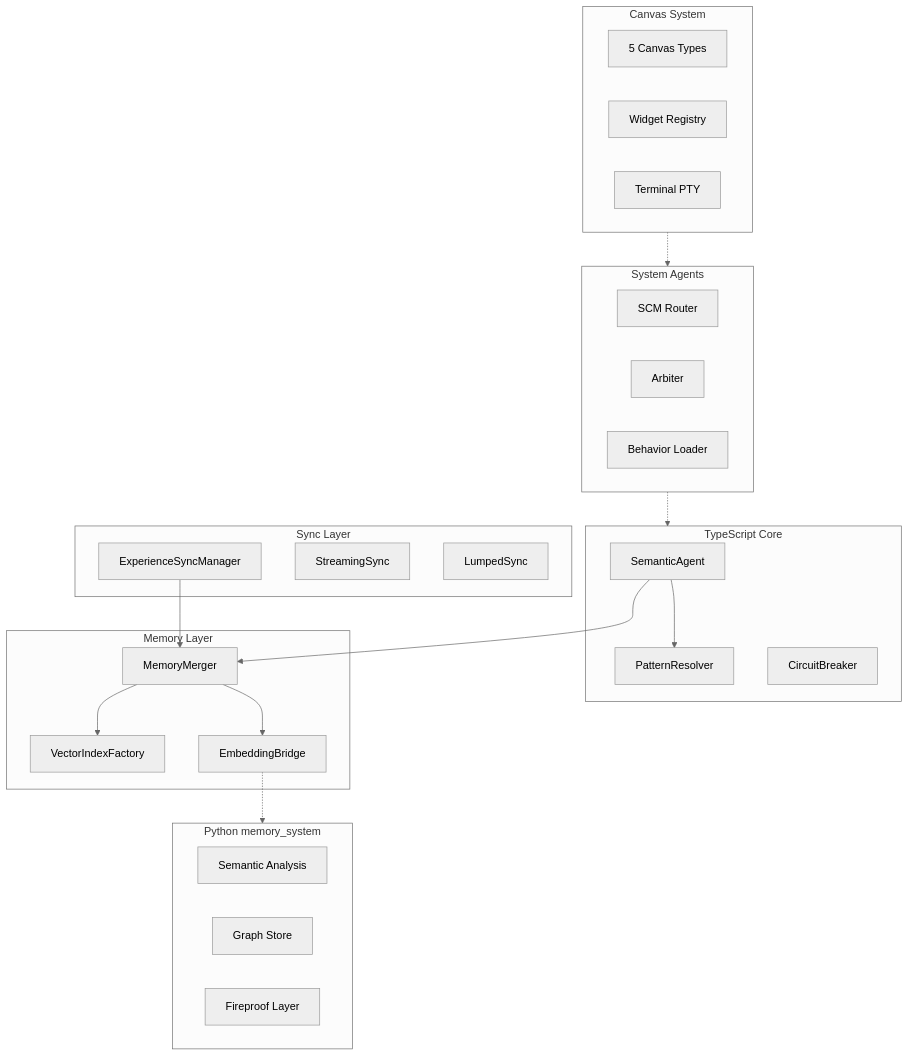
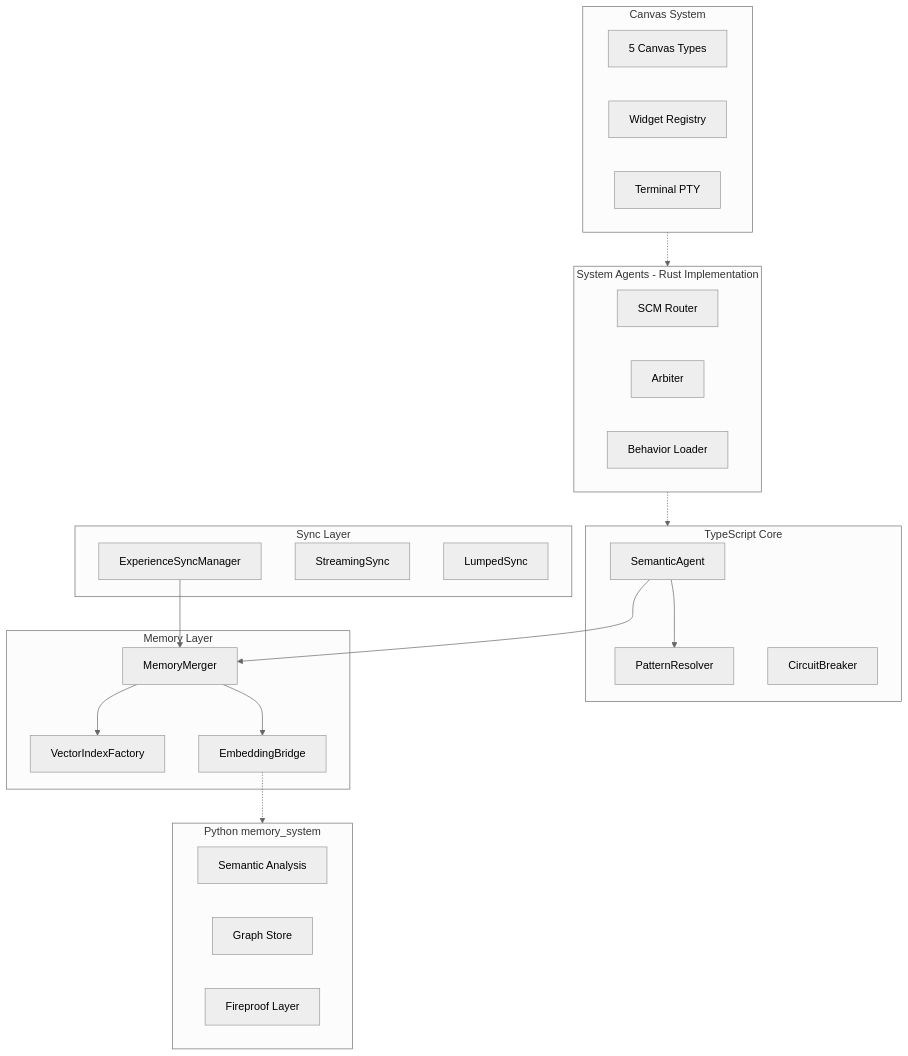
Before and after one commit to Replicant-Partners/Chrysalis: the diagram in docs/STATUS.md, drawn with Mermaid (neutral theme). The commit also changed other lines of this file and 5137 other files, not shown here.

First line of the commit message:
feat: Add Rust-based memory system and CRDT architecture

````diff
--- a/docs/STATUS.md
+++ b/docs/STATUS.md
@@ -120,47 +120,47 @@
 ```mermaid
 flowchart TB
     subgraph Core[TypeScript Core]
         SemanticAgent[SemanticAgent]
         PR[PatternResolver]
         CB[CircuitBreaker]
     end
 
     subgraph Memory[Memory Layer]
         MM[MemoryMerger]
         VIF[VectorIndexFactory]
         EB[EmbeddingBridge]
     end
 
     subgraph Sync[Sync Layer]
         ESM[ExperienceSyncManager]
         SS[StreamingSync]
         LS[LumpedSync]
     end
 
     subgraph Python[Python memory_system]
         SEM[Semantic Analysis]
         GR[Graph Store]
         FP[Fireproof Layer]
     end
 
     subgraph Canvas[Canvas System]
         CVS[5 Canvas Types]
         WGT[Widget Registry]
         PTY[Terminal PTY]
     end
 
-    subgraph Agents[System Agents]
+    subgraph Agents[System Agents - Rust Implementation]
         SCM[SCM Router]
         ARB[Arbiter]
         BEH[Behavior Loader]
     end
 
     SemanticAgent --> PR
     SemanticAgent --> MM
     MM --> VIF
     MM --> EB
     ESM --> MM
     EB -.-> Python
     Canvas -.-> Agents
     Agents -.-> Core
 ```
````
